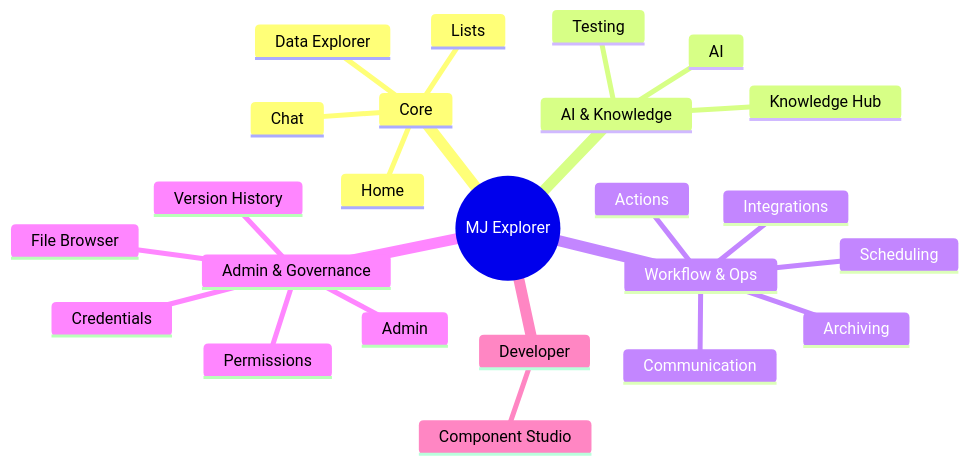
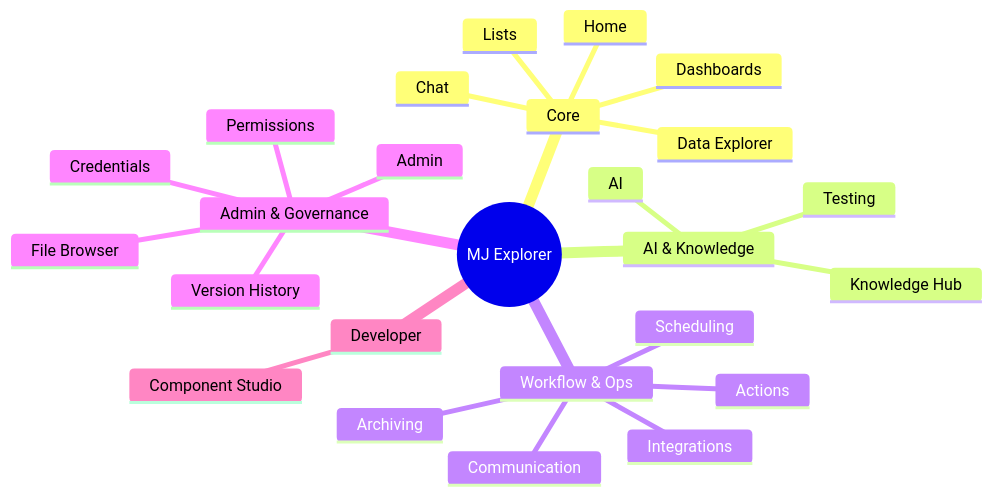
Before and after one commit to MemberJunction/MJ: the diagram in plans/explorer-sitemap.md, drawn with Mermaid. The commit also changed other lines of this file and 218 other files, not shown here.

````diff
--- a/plans/explorer-sitemap.md
+++ b/plans/explorer-sitemap.md
@@ -12,27 +12,28 @@
 ```mermaid
 mindmap
   root((MJ Explorer))
     Core
       Home
       Chat
       Data Explorer
+      Dashboards
       Lists
     AI & Knowledge
       AI
       Knowledge Hub
       Testing
     Workflow & Ops
       Actions
       Communication
       Scheduling
       Integrations
       Archiving
     Admin & Governance
       Admin
       Permissions
       Credentials
       Version History
       File Browser
     Developer
       Component Studio
 ```
````
